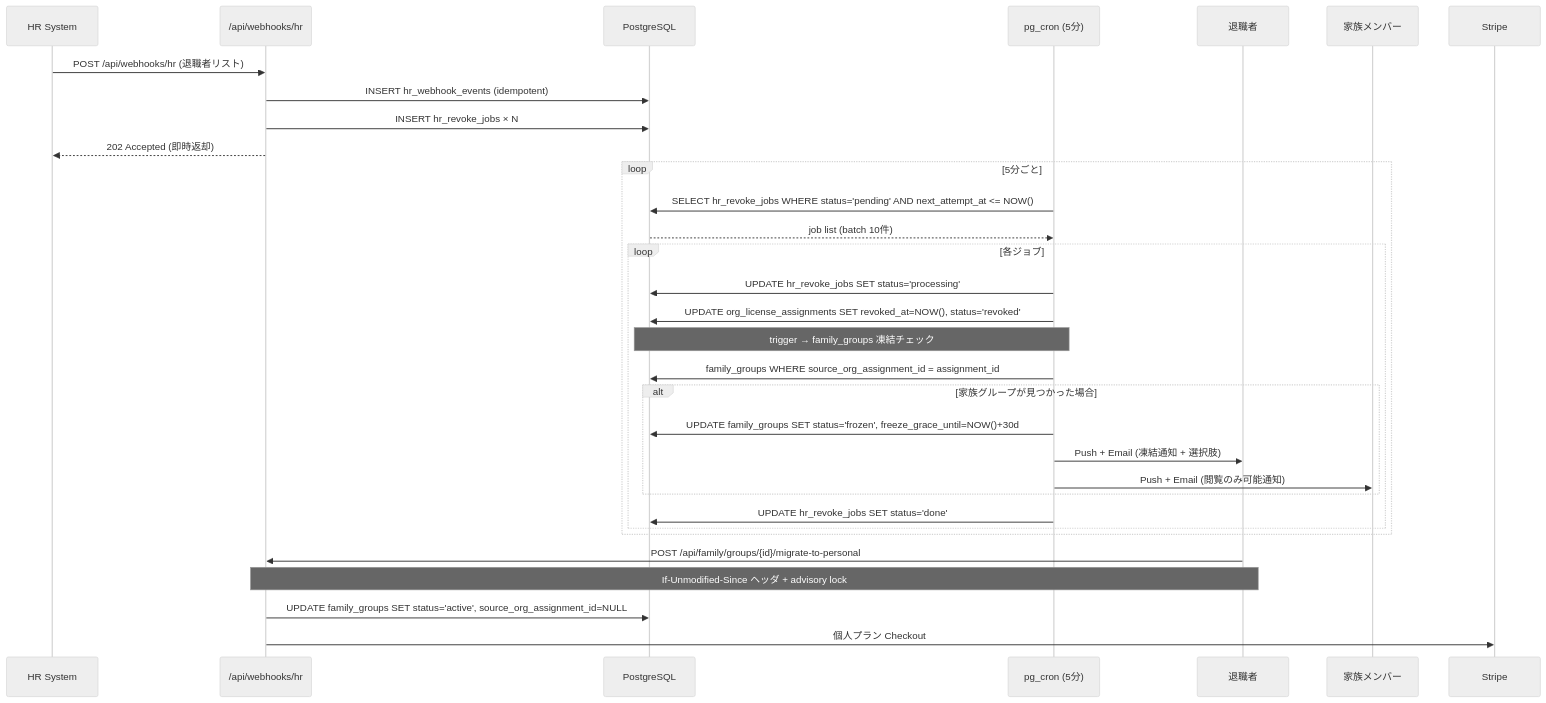
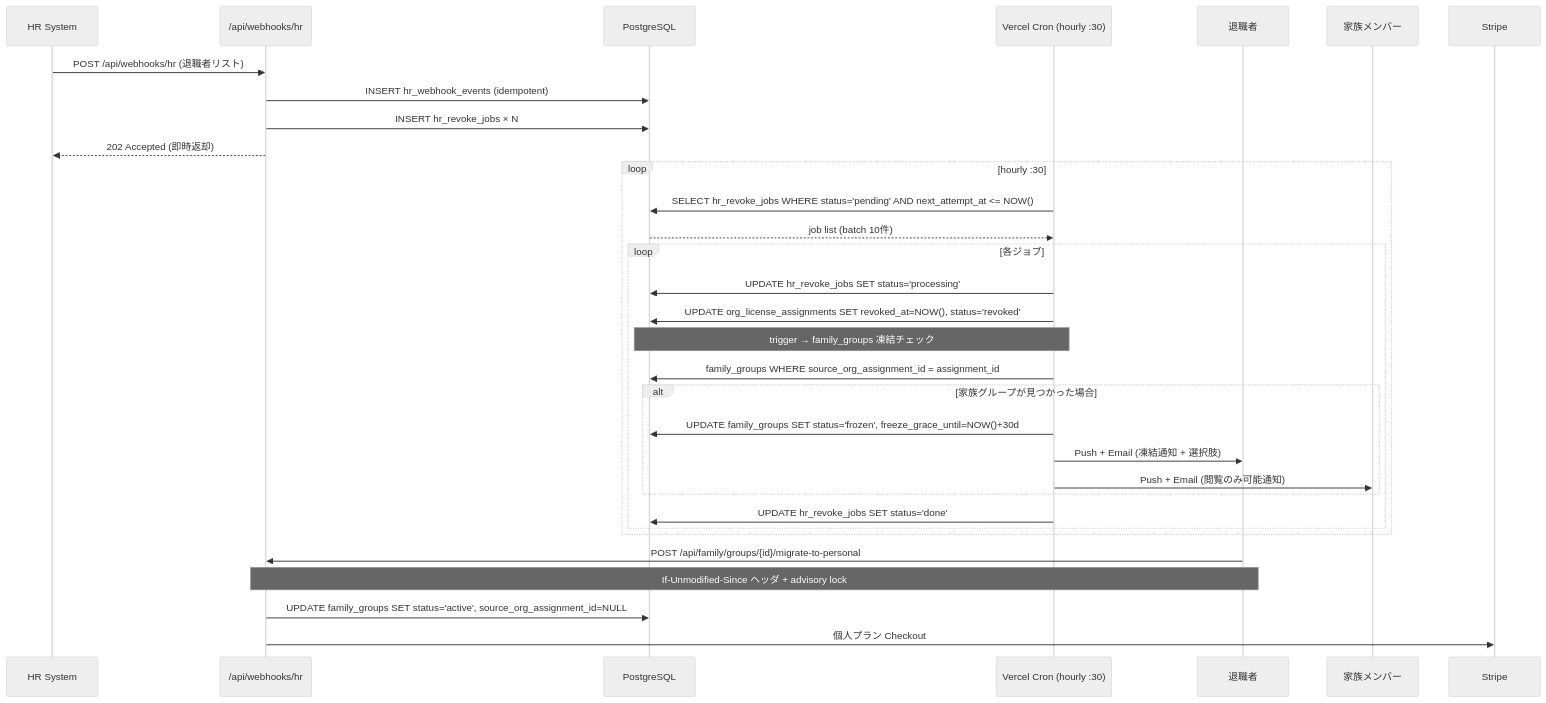
Before and after one commit to DaisukeHori/homegohan-app: the first of 2 diagrams in docs/design/org/05-offboarding-flow.md, drawn with Mermaid (neutral theme). The commit also changed other lines of this file and 7 other files, not shown here.

````diff
--- a/docs/design/org/05-offboarding-flow.md
+++ b/docs/design/org/05-offboarding-flow.md
@@ -23,37 +23,37 @@
 ```mermaid
 sequenceDiagram
   participant HR as HR System
   participant API as /api/webhooks/hr
   participant DB as PostgreSQL
-  participant Cron as pg_cron (5分)
+  participant Cron as Vercel Cron (hourly :30)
   participant User as 退職者
   participant Family as 家族メンバー
 
   HR->>API: POST /api/webhooks/hr (退職者リスト)
   API->>DB: INSERT hr_webhook_events (idempotent)
   API->>DB: INSERT hr_revoke_jobs × N
   API-->>HR: 202 Accepted (即時返却)
 
-  loop 5分ごと
+  loop hourly :30
     Cron->>DB: SELECT hr_revoke_jobs WHERE status='pending' AND next_attempt_at <= NOW()
     DB-->>Cron: job list (batch 10件)
 
     loop 各ジョブ
       Cron->>DB: UPDATE hr_revoke_jobs SET status='processing'
       Cron->>DB: UPDATE org_license_assignments SET revoked_at=NOW(), status='revoked'
       Note over Cron,DB: trigger → family_groups 凍結チェック
       Cron->>DB: family_groups WHERE source_org_assignment_id = assignment_id
       alt 家族グループが見つかった場合
         Cron->>DB: UPDATE family_groups SET status='frozen', freeze_grace_until=NOW()+30d
         Cron->>User: Push + Email (凍結通知 + 選択肢)
         Cron->>Family: Push + Email (閲覧のみ可能通知)
       end
       Cron->>DB: UPDATE hr_revoke_jobs SET status='done'
     end
   end
 
   User->>API: POST /api/family/groups/{id}/migrate-to-personal
   Note over User,API: If-Unmodified-Since ヘッダ + advisory lock
   API->>DB: UPDATE family_groups SET status='active', source_org_assignment_id=NULL
   API->>Stripe: 個人プラン Checkout
 ```
````
